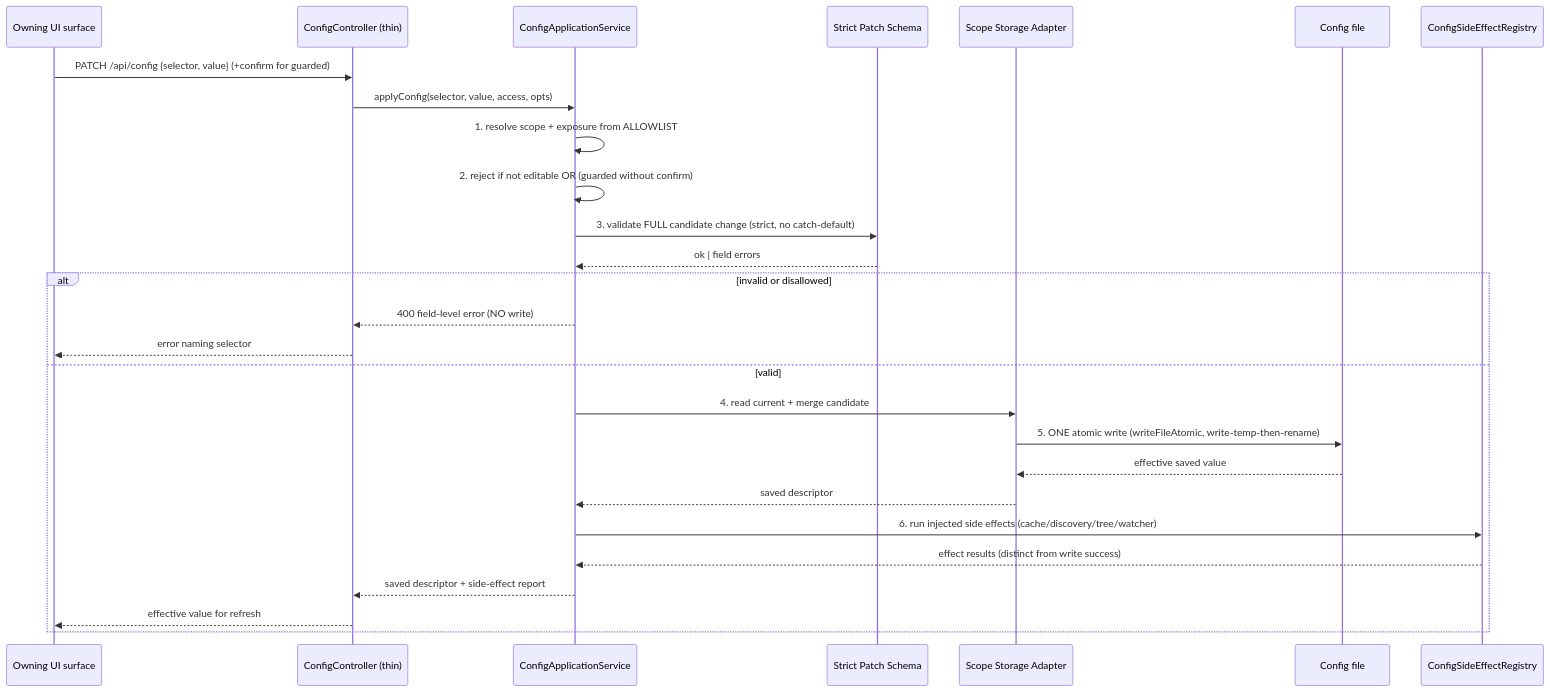
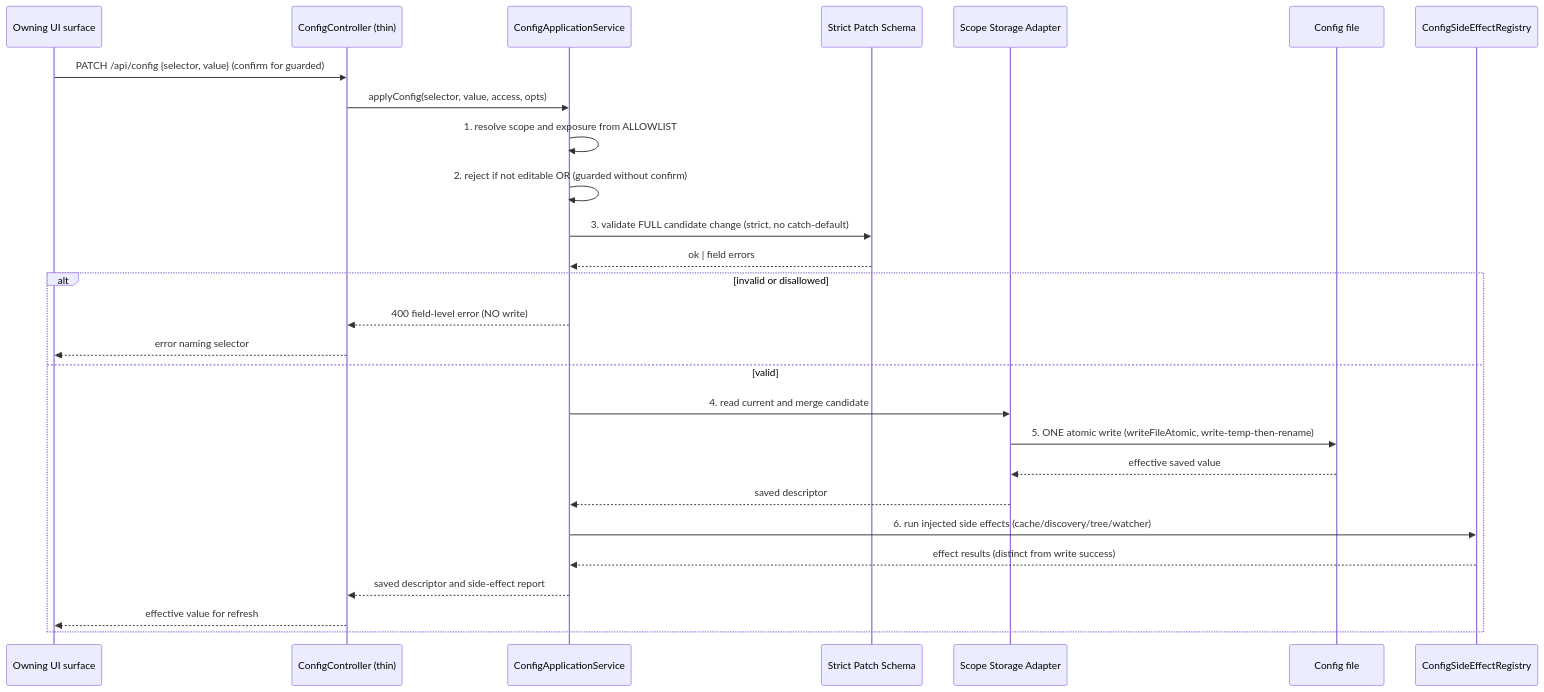
The second of 2 diagrams in docs/CRs/MDT-168/architecture.md (andkirby/markdown-ticket), drawn with Mermaid before and after one commit. The commit also changed other lines of this file and 7 other files, not shown here.

````diff
--- a/docs/CRs/MDT-168/architecture.md
+++ b/docs/CRs/MDT-168/architecture.md
@@ -77,29 +77,29 @@
 ```mermaid
 sequenceDiagram
     participant UI as Owning UI surface
     participant C as ConfigController (thin)
     participant A as ConfigApplicationService
     participant V as Strict Patch Schema
     participant AD as Scope Storage Adapter
     participant F as Config file
     participant S as ConfigSideEffectRegistry
-    UI->>C: PATCH /api/config {selector, value} (+confirm for guarded)
+    UI->>C: PATCH /api/config {selector, value} (confirm for guarded)
     C->>A: applyConfig(selector, value, access, opts)
-    A->>A: 1. resolve scope + exposure from ALLOWLIST
+    A->>A: 1. resolve scope and exposure from ALLOWLIST
     A->>A: 2. reject if not editable OR (guarded without confirm)
     A->>V: 3. validate FULL candidate change (strict, no catch-default)
     V-->>A: ok | field errors
     alt invalid or disallowed
         A-->>C: 400 field-level error (NO write)
         C-->>UI: error naming selector
     else valid
-        A->>AD: 4. read current + merge candidate
+        A->>AD: 4. read current and merge candidate
         AD->>F: 5. ONE atomic write (writeFileAtomic, write-temp-then-rename)
         F-->>AD: effective saved value
         AD-->>A: saved descriptor
         A->>S: 6. run injected side effects (cache/discovery/tree/watcher)
         S-->>A: effect results (distinct from write success)
-        A-->>C: saved descriptor + side-effect report
+        A-->>C: saved descriptor and side-effect report
         C-->>UI: effective value for refresh
     end
 ```
````
